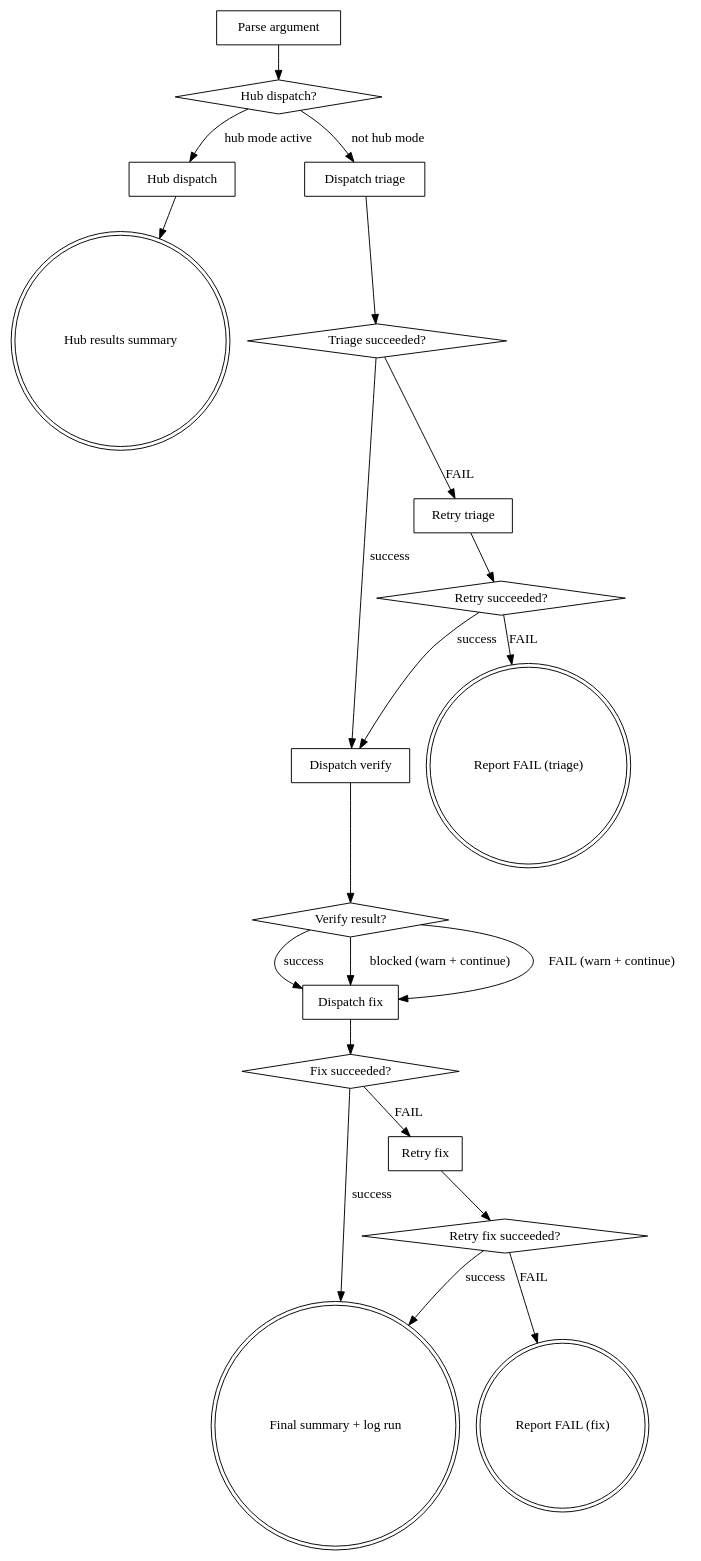
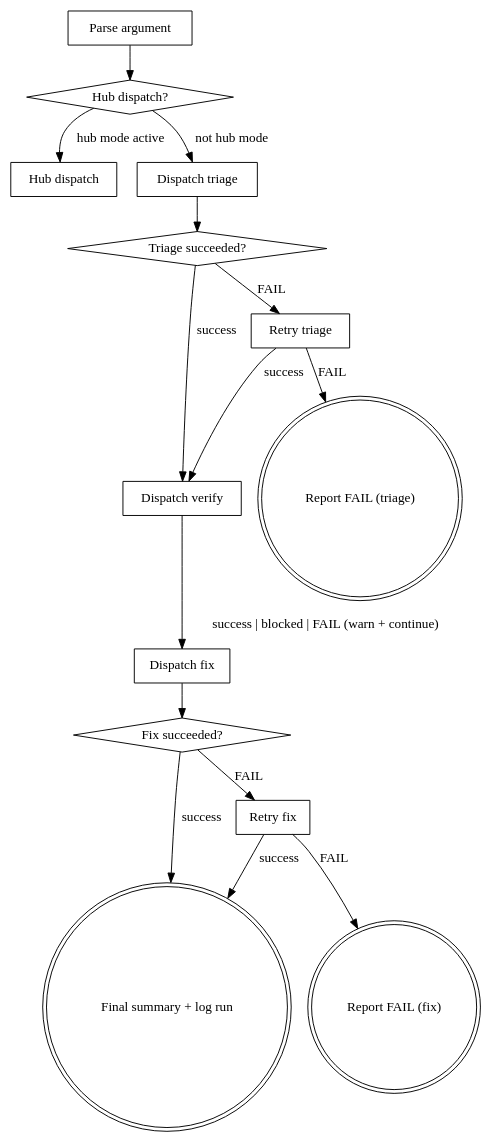
One commit to easingthemes/dx-aem-flow changed the first of 2 diagrams in plugins/dx-core/skills/dx-bug-all/SKILL.md. Above: the diagram before and after it, drawn with Graphviz. The commit also changed other lines of this file and 22 other files, not shown here.

````diff
--- a/plugins/dx-core/skills/dx-bug-all/SKILL.md
+++ b/plugins/dx-core/skills/dx-bug-all/SKILL.md
@@ -20,42 +29,32 @@
 ```dot
-digraph bug_all {
+digraph bug_all_local {
     "Parse argument" [shape=box];
     "Hub dispatch?" [shape=diamond];
     "Hub dispatch" [shape=box];
-    "Hub results summary" [shape=doublecircle];
     "Dispatch triage" [shape=box];
     "Triage succeeded?" [shape=diamond];
     "Dispatch verify" [shape=box];
-    "Verify result?" [shape=diamond];
     "Dispatch fix" [shape=box];
     "Fix succeeded?" [shape=diamond];
     "Final summary + log run" [shape=doublecircle];
     "Retry triage" [shape=box];
-    "Retry succeeded?" [shape=diamond];
     "Report FAIL (triage)" [shape=doublecircle];
     "Retry fix" [shape=box];
-    "Retry fix succeeded?" [shape=diamond];
     "Report FAIL (fix)" [shape=doublecircle];
 
     "Parse argument" -> "Hub dispatch?";
     "Hub dispatch?" -> "Hub dispatch" [label="hub mode active"];
     "Hub dispatch?" -> "Dispatch triage" [label="not hub mode"];
-    "Hub dispatch" -> "Hub results summary";
     "Dispatch triage" -> "Triage succeeded?";
     "Triage succeeded?" -> "Dispatch verify" [label="success"];
     "Triage succeeded?" -> "Retry triage" [label="FAIL"];
-    "Retry triage" -> "Retry succeeded?";
-    "Retry succeeded?" -> "Dispatch verify" [label="success"];
-    "Retry succeeded?" -> "Report FAIL (triage)" [label="FAIL"];
-    "Dispatch verify" -> "Verify result?";
-    "Verify result?" -> "Dispatch fix" [label="success"];
-    "Verify result?" -> "Dispatch fix" [label="blocked (warn + continue)"];
-    "Verify result?" -> "Dispatch fix" [label="FAIL (warn + continue)"];
+    "Retry triage" -> "Dispatch verify" [label="success"];
+    "Retry triage" -> "Report FAIL (triage)" [label="FAIL"];
+    "Dispatch verify" -> "Dispatch fix" [label="success | blocked | FAIL (warn + continue)"];
     "Dispatch fix" -> "Fix succeeded?";
     "Fix succeeded?" -> "Final summary + log run" [label="success"];
     "Fix succeeded?" -> "Retry fix" [label="FAIL"];
-    "Retry fix" -> "Retry fix succeeded?";
-    "Retry fix succeeded?" -> "Final summary + log run" [label="success"];
-    "Retry fix succeeded?" -> "Report FAIL (fix)" [label="FAIL"];
+    "Retry fix" -> "Final summary + log run" [label="success"];
+    "Retry fix" -> "Report FAIL (fix)" [label="FAIL"];
 }
 ```
````
